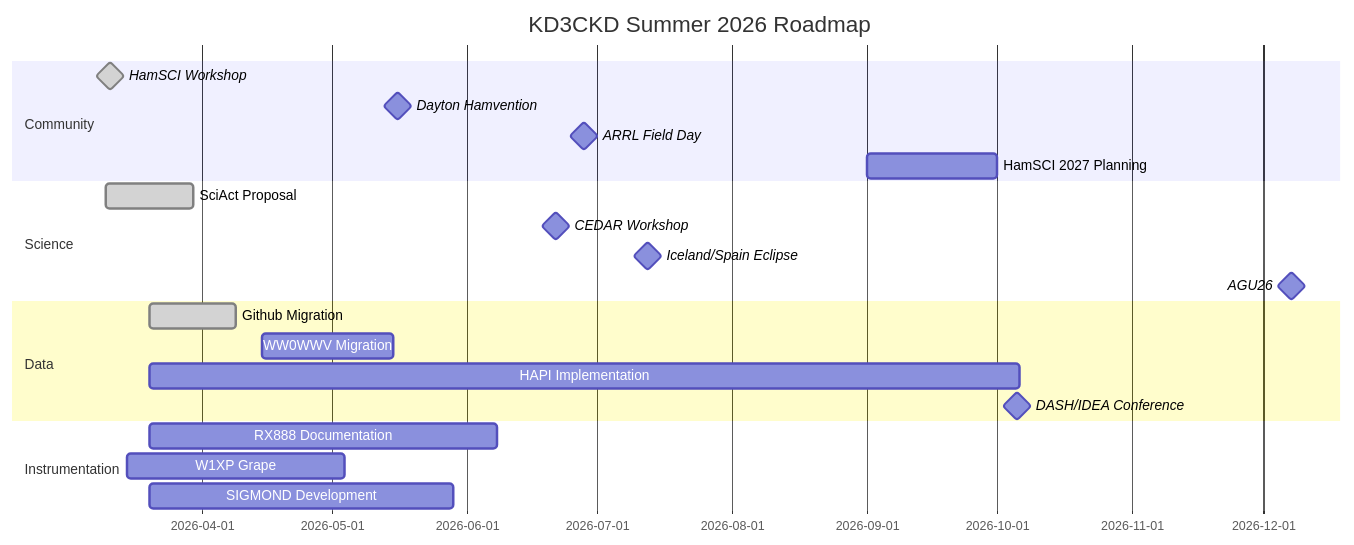
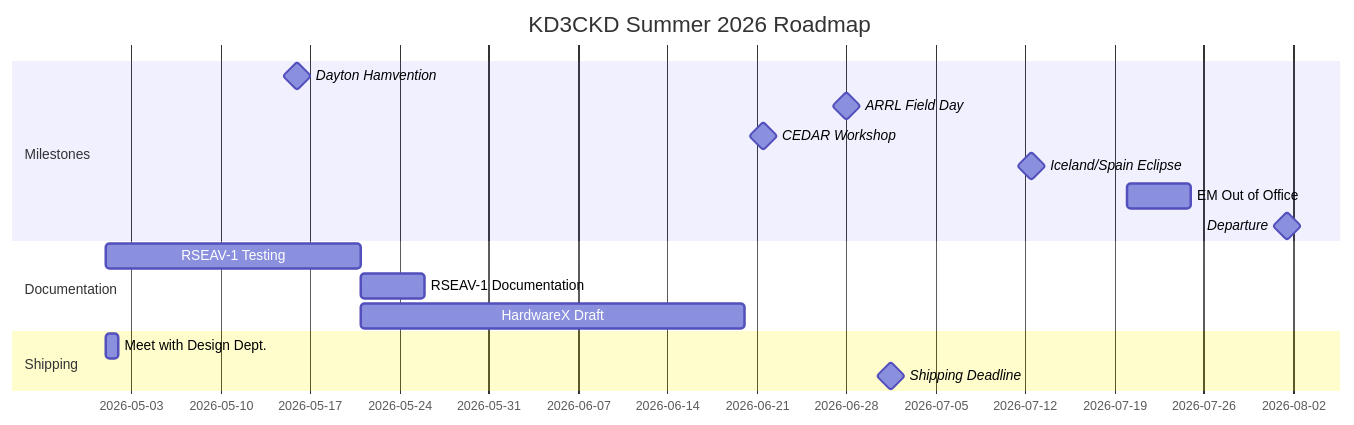
The diagram in emma_gantt.md (HamSCI/psws-charette), drawn with Mermaid before and after one commit.

Commit message:
Update emma_gantt.md
Updating....

````diff
--- a/emma_gantt.md
+++ b/emma_gantt.md
@@ -1,28 +1,21 @@
 ```mermaid
 gantt
     title KD3CKD Summer 2026 Roadmap
     dateFormat YYYY-MM
-section Community
-        HamSCI Workshop       : done, milestone, hamsci, 2026-03-10, 2d 
+section Milestones
         Dayton Hamvention       : milestone, hamvention, 2026-05-15, 2d
-        ARRL Field Day       : milestone, fieldday, 2026-06-27, 2d 
-        HamSCI 2027 Planning       : planning, 2026-09-01, 30d 
-                                
-section Science
-       SciAct Proposal    :done, sciact, 2026-03-10, 20d
+        ARRL Field Day       : milestone, fieldday, 2026-06-27, 2d
         CEDAR Workshop    : milestone, CEDAR, 2026-06-21, 1d 
         Iceland/Spain Eclipse       : milestone, Eclipse, 2026-07-12, 1d
-AGU26       : milestone, AGu26, 2026-12-07, 1d 
-section Data
-        Github Migration    :done, req1, 2026-03-20, 20d
-                WW0WWV Migration    :ww0wwv, 2026-04-15, 30d
-                HAPI Implementation    :hapi, 2026-03-20, 200d
-       DASH/IDEA Conference      : milestone, DASH, 2026-10-05, 1d
-
-                
-section Instrumentation
-        RX888 Documentation    :rx888, 2026-03-20, 80d
-        W1XP Grape :rx888, 2026-03-15, 50d
-        SIGMOND Development    :sigmond, 2026-03-20, 70d
+        EM Out of Office : oof, 2026-07-20, 5d
+        Departure       : milestone, end, 2026-08-01, 1d
+                                
+section Documentation
+       RSEAV-1 Testing    :antennatest, 2026-05-1, 20d
+       RSEAV-1 Documentation    :antennadoc, after antennatest, 5d
+       HardwareX Draft :hardwarex, after antennatest, 30d
+section Shipping
+       Meet with Design Dept. :done designmeet, 2026-05-01, 1d
+       Shipping Deadline      :milestone, shippingdeadline, 2026-07-01, 1d
 
 ```
````
